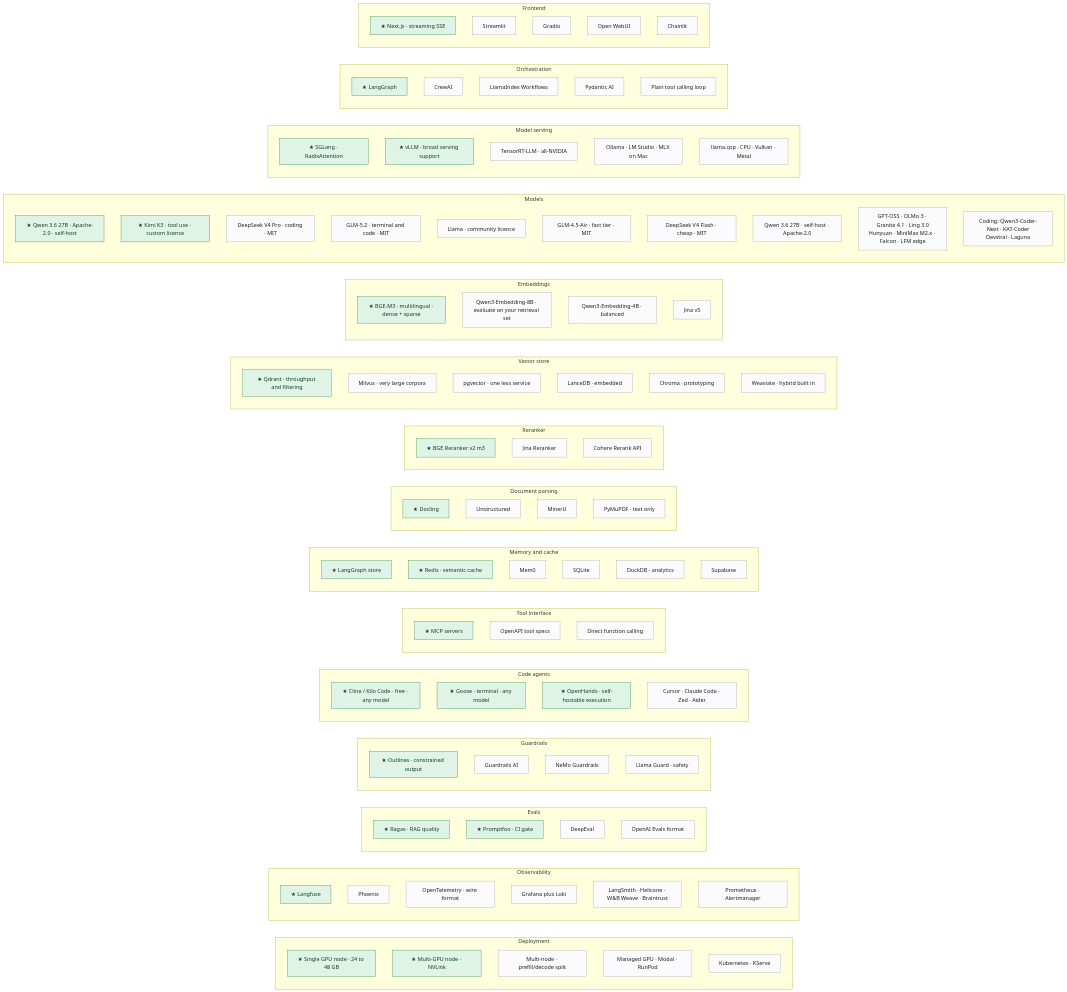
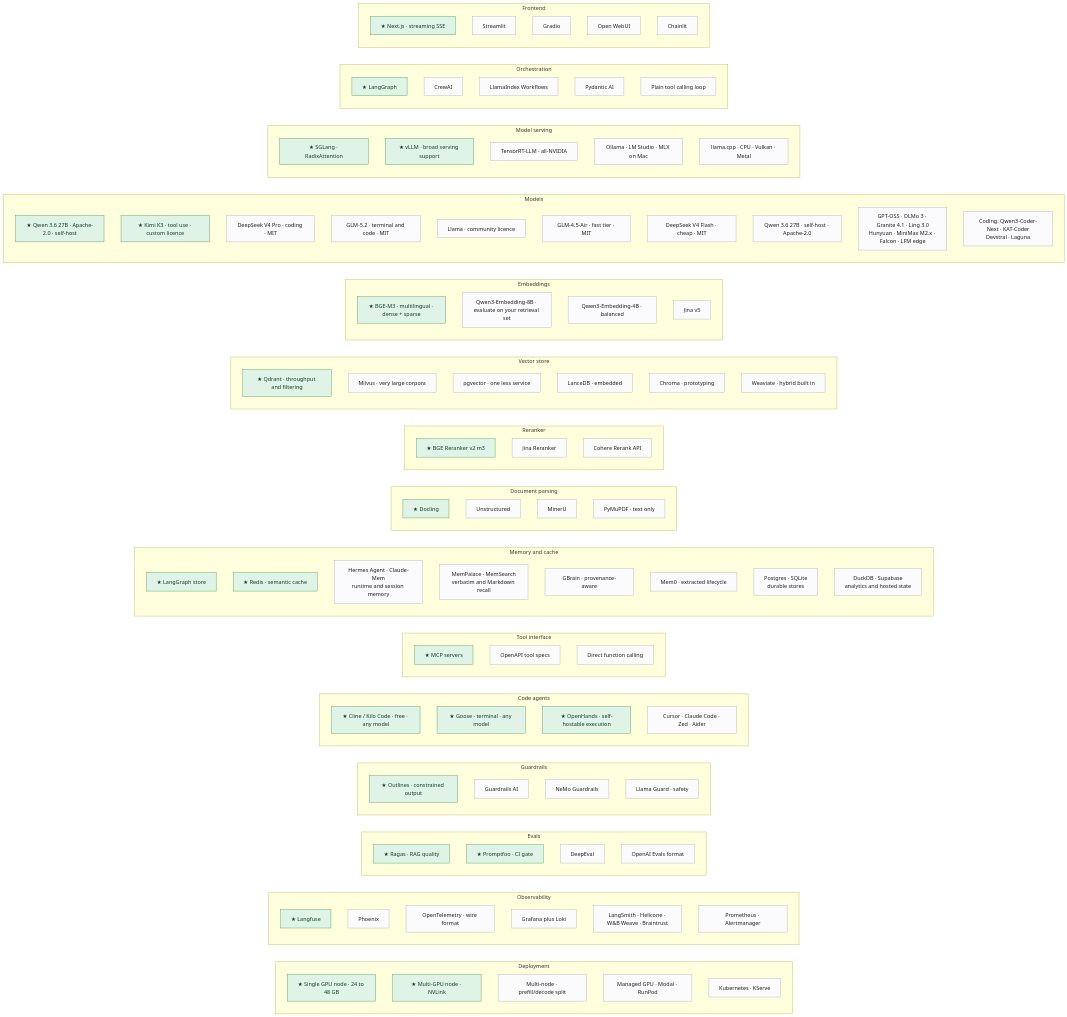
Diagram 17 of 18 in MANUAL.md (mlvpatel/open-weight-agent-stack), drawn with Mermaid before and after one commit. The commit also changed other lines of this file and 9 other files, not shown here.

````diff
--- a/MANUAL.md
+++ b/MANUAL.md
@@ -1473,10 +1499,12 @@
     subgraph CAT_ME["Memory and cache"]
         ME1["★ LangGraph store"]
         ME2["★ Redis · semantic cache"]
-        ME3["Mem0"]
-        ME4["SQLite"]
-        ME5["DuckDB · analytics"]
-        ME6["Supabase"]
+        ME3["Hermes Agent · Claude-Mem<br/>runtime and session memory"]
+        ME4["MemPalace · MemSearch<br/>verbatim and Markdown recall"]
+        ME5["GBrain · provenance-aware"]
+        ME6["Mem0 · extracted lifecycle"]
+        ME7["Postgres · SQLite<br/>durable stores"]
+        ME8["DuckDB · Supabase<br/>analytics and hosted state"]
     end
     subgraph CAT_PA["Document parsing"]
         PA1["★ Docling"]
@@ -1541,5 +1569,5 @@
     classDef alt fill:#fbfbfd,stroke:#a1a1a6,color:#1d1d1f
 
     class FE1,OR1,SV1,SV2,MD1,MD2,EM1,VS1,RR1,PA1,ME1,ME2,TL1,CA1,CA2,CA3,GR1,EV1,EV2,OB1,DP1,DP2 pick
-    class FE2,FE3,FE4,FE5,OR2,OR3,OR4,OR5,SV3,SV4,SV5,MD3,MD4,MD5,MD6,MD7,MD8,MD9,MD10,EM2,EM3,EM4,VS2,VS3,VS4,VS5,VS6,RR2,RR3,PA2,PA3,PA4,ME3,ME4,ME5,ME6,TL2,TL3,CA4,GR2,GR3,GR4,EV3,EV4,OB2,OB3,OB4,OB5,OB6,DP3,DP4,DP5 alt
+    class FE2,FE3,FE4,FE5,OR2,OR3,OR4,OR5,SV3,SV4,SV5,MD3,MD4,MD5,MD6,MD7,MD8,MD9,MD10,EM2,EM3,EM4,VS2,VS3,VS4,VS5,VS6,RR2,RR3,PA2,PA3,PA4,ME3,ME4,ME5,ME6,ME7,ME8,TL2,TL3,CA4,GR2,GR3,GR4,EV3,EV4,OB2,OB3,OB4,OB5,OB6,DP3,DP4,DP5 alt
 ```
````
